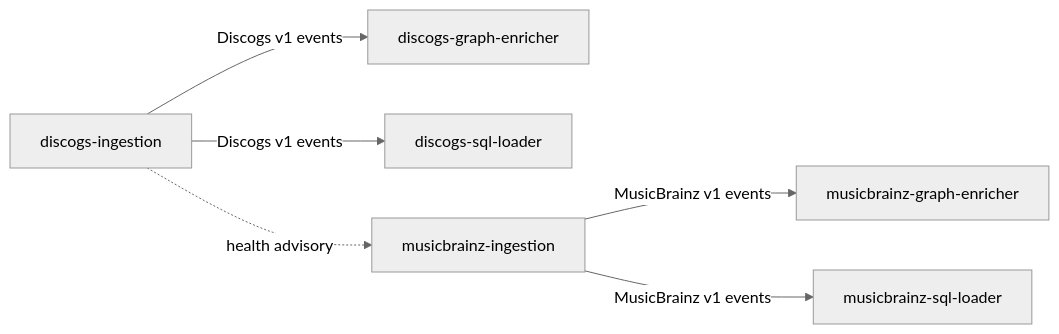
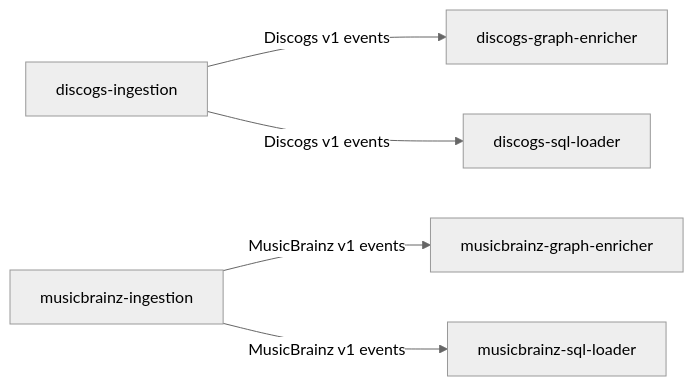
One commit to groovemap-music/design changed the diagram in docs/adr/0005-source-owned-catalog-ingestion.md. Above: the diagram before and after it, drawn with Mermaid (neutral theme). The commit also changed other lines of this file, not shown here.

First line of the commit message:
docs(adr-0005): record that the MusicBrainz-to-Discogs health advisory was dropped at the split

````diff
--- a/docs/adr/0005-source-owned-catalog-ingestion.md
+++ b/docs/adr/0005-source-owned-catalog-ingestion.md
@@ -33,8 +34,7 @@
 ```mermaid
 flowchart LR
     D[discogs-ingestion] -->|Discogs v1 events| DG[discogs-graph-enricher]
     D -->|Discogs v1 events| DS[discogs-sql-loader]
     M[musicbrainz-ingestion] -->|MusicBrainz v1 events| MG[musicbrainz-graph-enricher]
     M -->|MusicBrainz v1 events| MS[musicbrainz-sql-loader]
-    D -. health advisory .-> M
 ```
````
